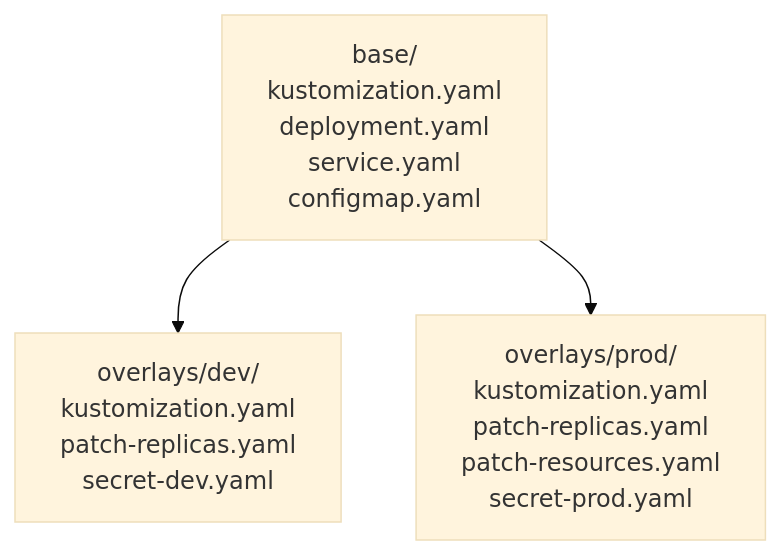
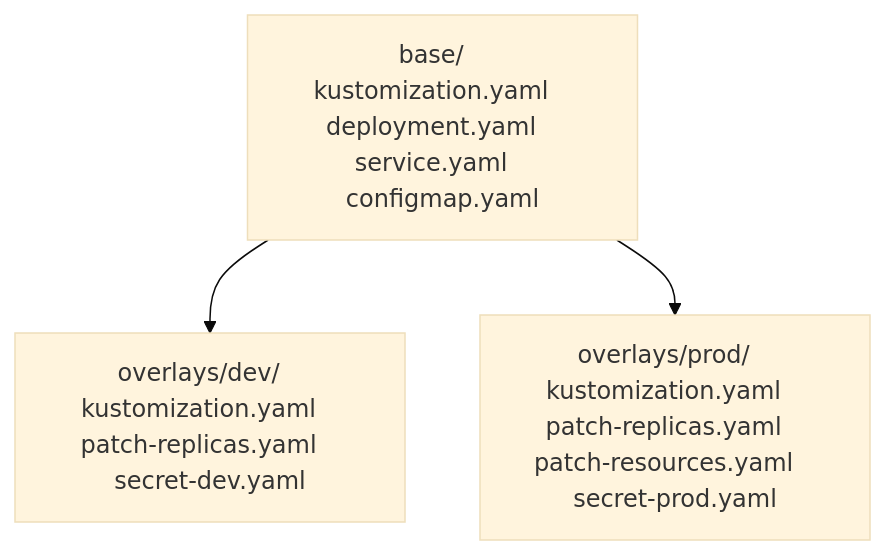
One commit to UncleJS/course_k3s changed the sixth of 6 diagrams in 16_podman_to_k3s/02_compose_to_k3s.md. Above: the diagram before and after it, drawn with Mermaid (base theme). The commit also changed other lines of this file and 57 other files, not shown here.

````diff
--- a/16_podman_to_k3s/02_compose_to_k3s.md
+++ b/16_podman_to_k3s/02_compose_to_k3s.md
@@ -842,9 +842,9 @@
 ```mermaid
 graph TD
-    BASE["base/\n  kustomization.yaml\n  deployment.yaml\n  service.yaml\n  configmap.yaml"]
-    DEV["overlays/dev/\n  kustomization.yaml\n  patch-replicas.yaml\n  secret-dev.yaml"]
-    PROD["overlays/prod/\n  kustomization.yaml\n  patch-replicas.yaml\n  patch-resources.yaml\n  secret-prod.yaml"]
+    BASE["base/   kustomization.yaml   deployment.yaml   service.yaml   configmap.yaml"]
+    DEV["overlays/dev/   kustomization.yaml   patch-replicas.yaml   secret-dev.yaml"]
+    PROD["overlays/prod/   kustomization.yaml   patch-replicas.yaml   patch-resources.yaml   secret-prod.yaml"]
 
     BASE --> DEV
     BASE --> PROD
 ```
````
